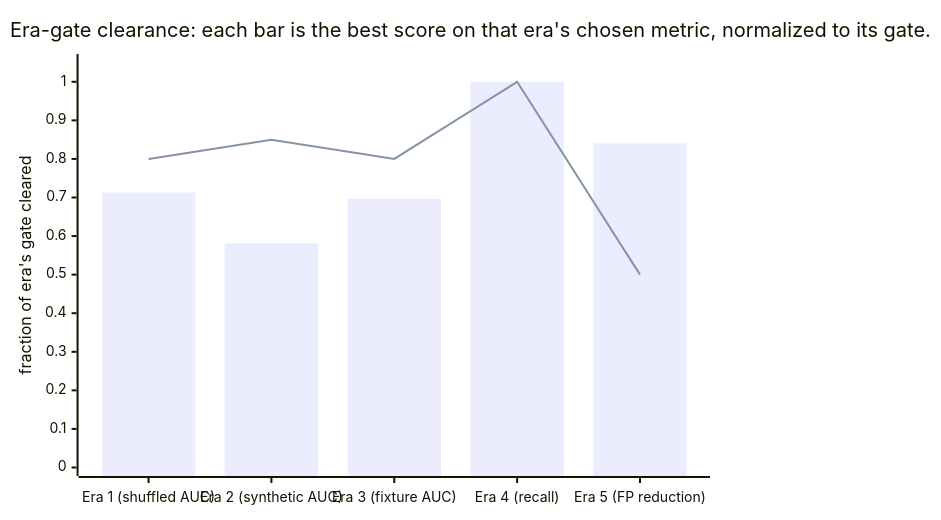
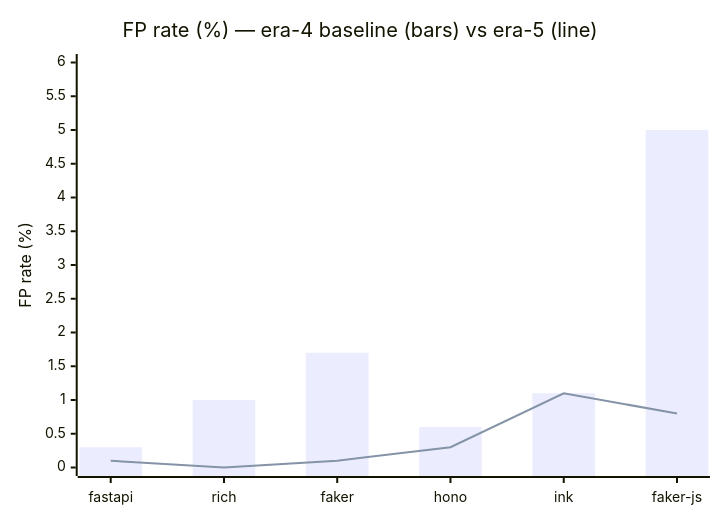
Before and after one commit to get-tmonier/argot: the second of 3 diagrams in docs/research/README.md, drawn with Mermaid. The commit also changed other lines of this file, not shown here.

Commit message:
docs(research): replace mixed-metric arc chart with per-corpus era-4 vs era-5 comparison

````diff
--- a/docs/research/README.md
+++ b/docs/research/README.md
@@ -60,8 +61,8 @@
 ```mermaid
 xychart-beta
-    title "Era-gate clearance: each bar is the best score on that era's chosen metric, normalized to its gate."
-    x-axis ["Era 1 (shuffled AUC)", "Era 2 (synthetic AUC)", "Era 3 (fixture AUC)", "Era 4 (recall)", "Era 5 (FP reduction)"]
-    y-axis "fraction of era's gate cleared" 0 --> 1.05
-    bar [0.713, 0.581, 0.6968, 1.0, 0.84]
-    line [0.80, 0.85, 0.80, 1.0, 0.50]
+    title "FP rate (%) — era-4 baseline (bars) vs era-5 (line)"
+    x-axis ["fastapi", "rich", "faker", "hono", "ink", "faker-js"]
+    y-axis "FP rate (%)" 0 --> 6
+    bar [0.3, 1.0, 1.7, 0.6, 1.1, 5.0]
+    line [0.1, 0.0, 0.1, 0.3, 1.1, 0.8]
 ```
````
